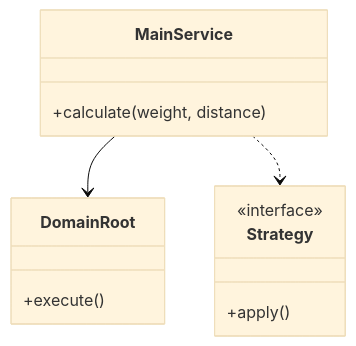
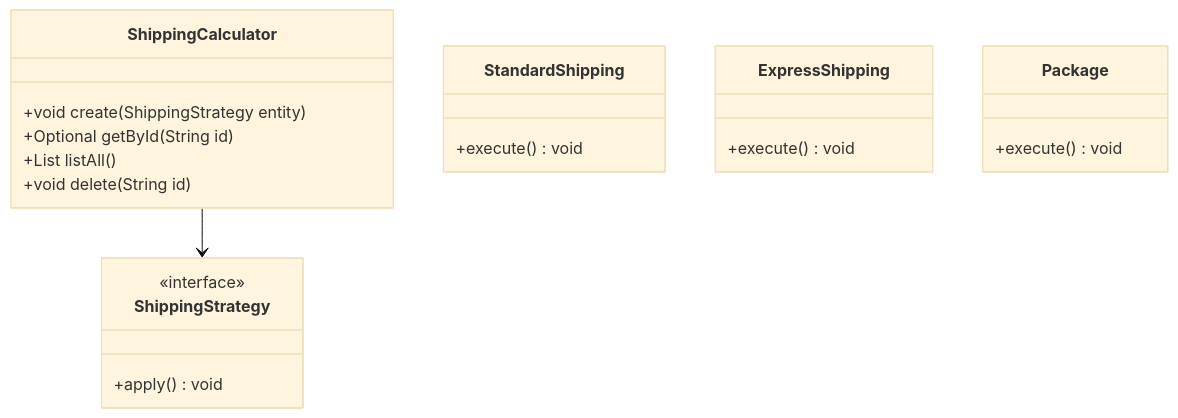
The first of 3 diagrams in Learn/System Design - Low Level Design/03-design-patterns/questions/Q23-strategy-shipping.md (madhupaila/Interview-Prep-SSE), drawn with Mermaid (base theme) before and after one commit. The commit also changed other lines of this file and 491 other files, not shown here.

````diff
--- a/Learn/System Design - Low Level Design/03-design-patterns/questions/Q23-strategy-shipping.md
+++ b/Learn/System Design - Low Level Design/03-design-patterns/questions/Q23-strategy-shipping.md
@@ -73,15 +91,23 @@
 ```mermaid
 classDiagram
-    class MainService {
-        +calculate(weight, distance)
+    class ShippingCalculator {
+        +void create(ShippingStrategy entity)
+        +Optional<ShippingStrategy> getById(String id)
+        +List<ShippingStrategy> listAll()
+        +void delete(String id)
     }
-    class DomainRoot {
-        +execute()
+    class ShippingStrategy {
+        <<interface>>
+        +apply() void
     }
-    class Strategy {
-        <<interface>>
-        +apply()
+    class StandardShipping {
+        +execute() void
     }
-    MainService --> DomainRoot
-    MainService ..> Strategy
+    class ExpressShipping {
+        +execute() void
+    }
+    class Package {
+        +execute() void
+    }
+    ShippingCalculator --> ShippingStrategy
 ```
````
